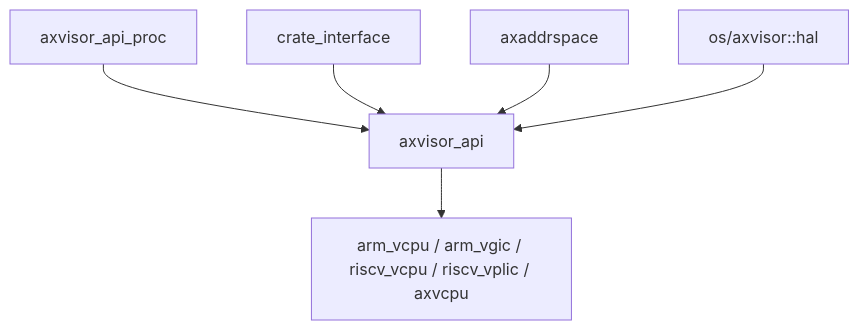
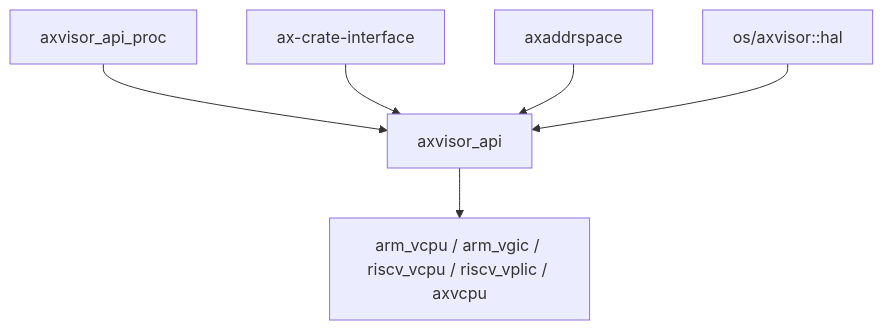
One commit to zKurisu/tgoskits changed the second of 2 diagrams in docs/crates/axvisor_api.md. Above: the diagram before and after it, drawn with Mermaid. The commit also changed other lines of this file and 65 other files, not shown here.

Commit message:
rename crate_interface to ax-crate-interface

````diff
--- a/docs/crates/axvisor_api.md
+++ b/docs/crates/axvisor_api.md
@@ -229,8 +229,8 @@
 ```mermaid
 graph TD
     A[axvisor_api_proc] --> B[axvisor_api]
-    C[crate_interface] --> B
+    C[ax-crate-interface] --> B
     D[axaddrspace] --> B
     B --> E[arm_vcpu / arm_vgic / riscv_vcpu / riscv_vplic / axvcpu]
     F[os/axvisor::hal] --> B
 ```
````
